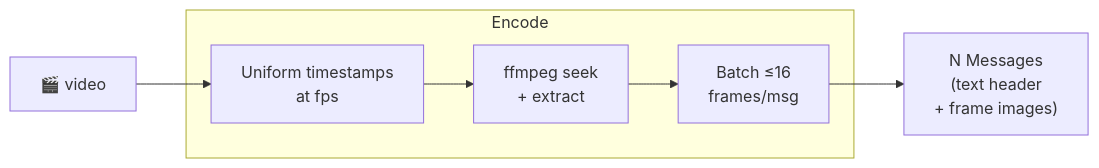
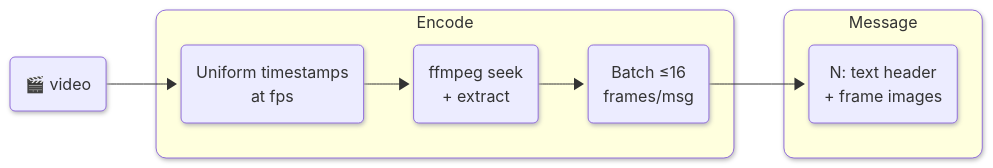
The fourth of 17 diagrams in docs/ENCODERS.md (vlm-run/mm), drawn with Mermaid before and after one commit. The commit also changed other lines of this file and 1 other file, not shown here.

Commit message:
Use a proper message block with subgroups (#146)

````diff
--- a/docs/ENCODERS.md
+++ b/docs/ENCODERS.md
@@ -99,14 +114,19 @@
 ```mermaid
+%%{init: {'look': 'neo'} }%%
 graph LR
-  video["🎬 video"]
+  video("🎬 video")
 
   subgraph encode ["Encode"]
-    ts["Uniform timestamps\nat fps"]
-    ffmpeg["ffmpeg seek\n+ extract"]
-    batch["Batch ≤16\nframes/msg"]
+    ts("Uniform timestamps\nat fps")
+    ffmpeg("ffmpeg seek\n+ extract")
+    batch("Batch ≤16\nframes/msg")
   end
 
-  msgs["N Messages\n(text header\n+ frame images)"]
+  subgraph message ["Message"]
+    msgs("N: text header\n+ frame images")
+  end
 
   video --> ts --> ffmpeg --> batch --> msgs
+  style encode rx:10px,ry:10px
+  style message rx:10px,ry:10px
 ```
````
